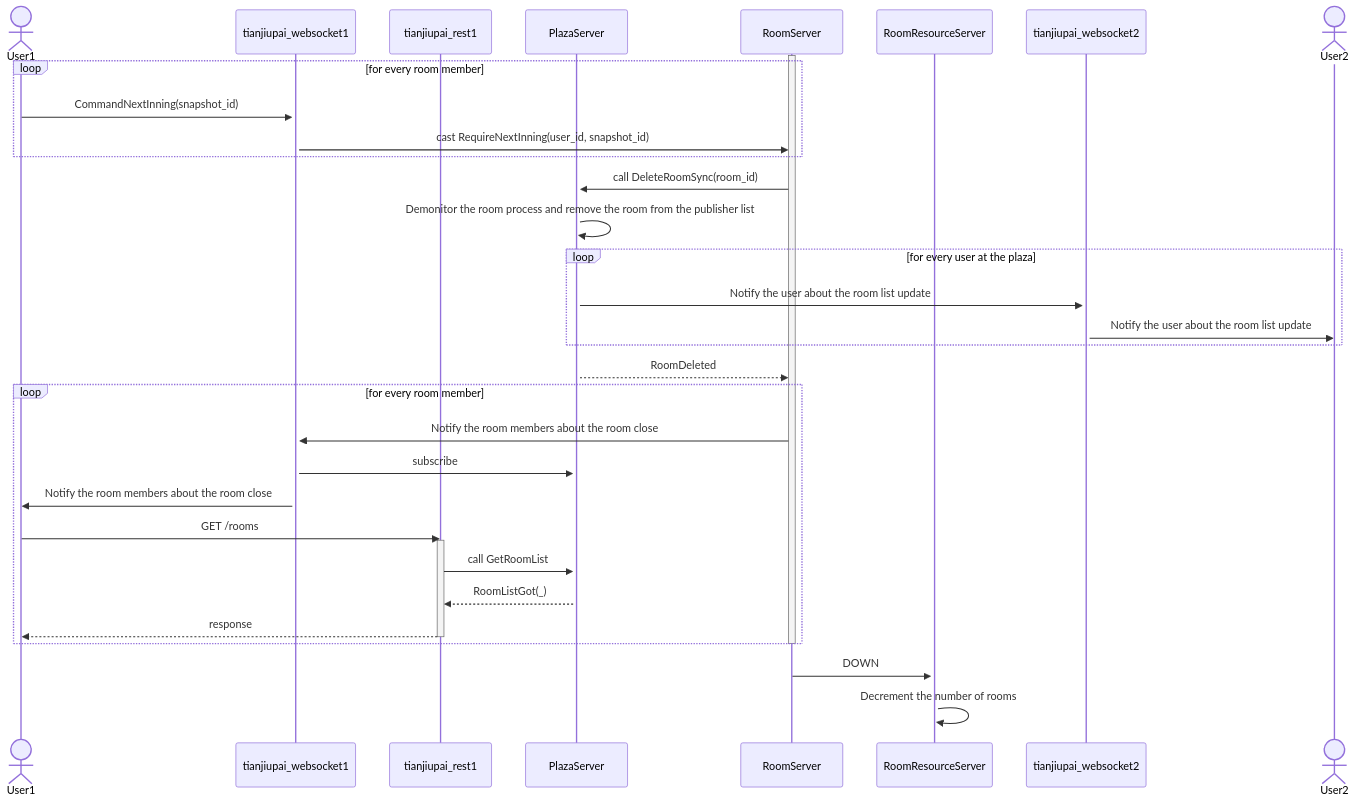
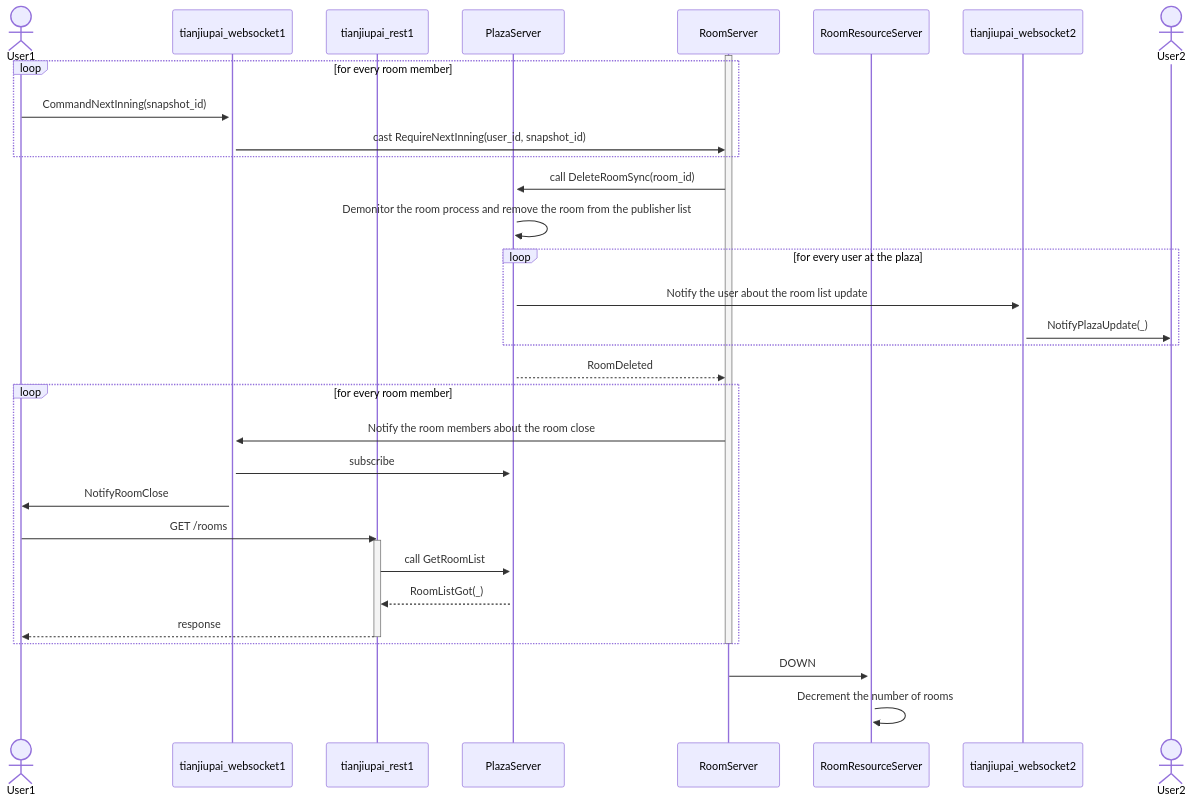
The eighth of 8 diagrams in docs/ARCHITECTURE.md (gfngfn/game_tianjiupai), drawn with Mermaid before and after one commit. The commit also changed other lines of this file, not shown here.

Commit message:
add some sequence diagrams to docs (7)

````diff
--- a/docs/ARCHITECTURE.md
+++ b/docs/ARCHITECTURE.md
@@ -260,42 +313,42 @@
 ```mermaid
 sequenceDiagram
   actor User1
   participant tianjiupai_websocket1
   participant tianjiupai_rest1
   participant PlazaServer
   participant RoomServer
   participant RoomResourceServer
   participant tianjiupai_websocket2
   actor User2
   activate tianjiupai_websocket1
   activate PlazaServer
   activate RoomServer
   activate RoomResourceServer
   activate tianjiupai_websocket2
 
   loop for every room member
     User1 ->> tianjiupai_websocket1 : CommandNextInning(snapshot_id)
     tianjiupai_websocket1 ->> RoomServer : cast RequireNextInning(user_id, snapshot_id)
   end
   RoomServer ->> PlazaServer : call DeleteRoomSync(room_id)
   PlazaServer ->> PlazaServer : Demonitor the room process and remove the room from the publisher list
   loop for every user at the plaza
     PlazaServer ->> tianjiupai_websocket2 : Notify the user about the room list update
-    tianjiupai_websocket2 ->> User2 : Notify the user about the room list update
+    tianjiupai_websocket2 ->> User2 : NotifyPlazaUpdate(_)
   end
   PlazaServer -->> RoomServer : RoomDeleted
   loop for every room member
     RoomServer ->> tianjiupai_websocket1 : Notify the room members about the room close
     tianjiupai_websocket1 ->> PlazaServer : subscribe
-    tianjiupai_websocket1 ->> User1 : Notify the room members about the room close
+    tianjiupai_websocket1 ->> User1 : NotifyRoomClose
     User1 ->> tianjiupai_rest1 : GET /rooms
     activate tianjiupai_rest1
     tianjiupai_rest1 ->> PlazaServer : call GetRoomList
     PlazaServer -->> tianjiupai_rest1 : RoomListGot(_)
     tianjiupai_rest1 -->> User1 : response
     deactivate tianjiupai_rest1
   end
   deactivate RoomServer
   RoomServer ->> RoomResourceServer : DOWN
   RoomResourceServer ->> RoomResourceServer : Decrement the number of rooms
 ```
````
